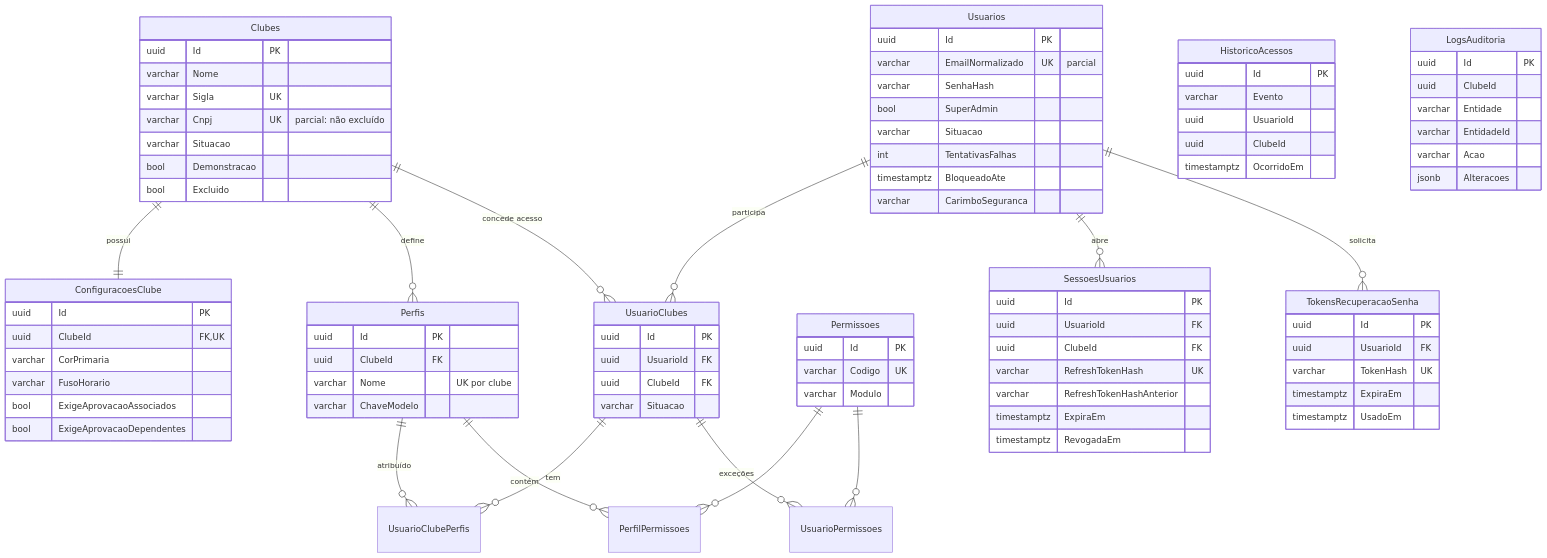
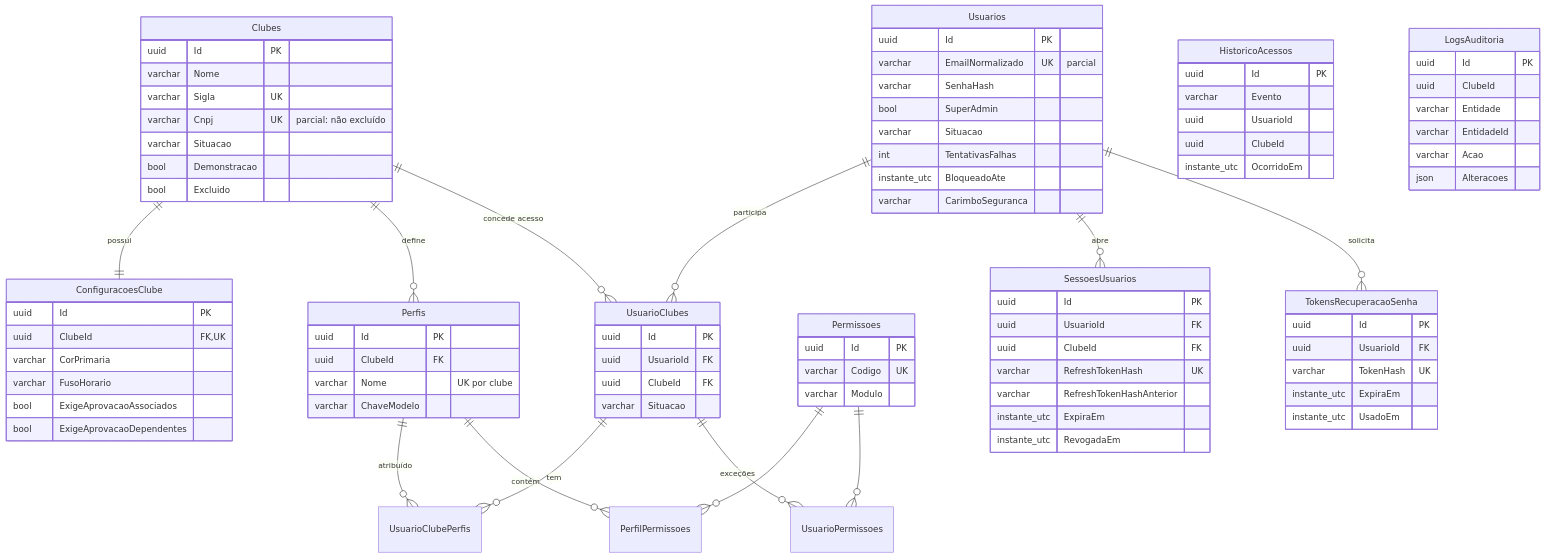
One commit to carolprimila/PWM2026_CAROL changed the first of 5 diagrams in docs/diagramas/ER.md. Above: the diagram before and after it, drawn with Mermaid. The commit also changed other lines of this file and 61 other files, not shown here.

````diff
--- a/docs/diagramas/ER.md
+++ b/docs/diagramas/ER.md
@@ -41,7 +43,7 @@
         bool SuperAdmin
         varchar Situacao
         int TentativasFalhas
-        timestamptz BloqueadoAte
+        instante_utc BloqueadoAte
         varchar CarimboSeguranca
     }
     UsuarioClubes {
@@ -67,22 +69,22 @@
         uuid ClubeId FK
         varchar RefreshTokenHash UK
         varchar RefreshTokenHashAnterior
-        timestamptz ExpiraEm
-        timestamptz RevogadaEm
+        instante_utc ExpiraEm
+        instante_utc RevogadaEm
     }
     TokensRecuperacaoSenha {
         uuid Id PK
         uuid UsuarioId FK
         varchar TokenHash UK
-        timestamptz ExpiraEm
-        timestamptz UsadoEm
+        instante_utc ExpiraEm
+        instante_utc UsadoEm
     }
     HistoricoAcessos {
         uuid Id PK
         varchar Evento
         uuid UsuarioId
         uuid ClubeId
-        timestamptz OcorridoEm
+        instante_utc OcorridoEm
     }
     LogsAuditoria {
         uuid Id PK
@@ -90,6 +92,6 @@
         varchar Entidade
         varchar EntidadeId
         varchar Acao
-        jsonb Alteracoes
+        json Alteracoes
     }
 ```
````
